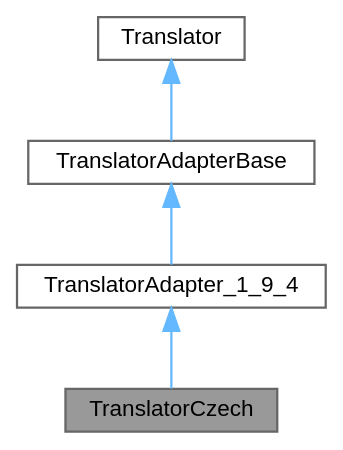
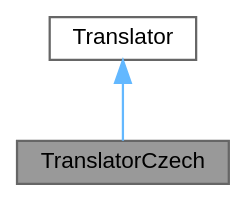
The diagram in d0/d46/class_translator_czech__inherit__graph.dot (petyovsky/doxygen), drawn with Graphviz before and after one commit. The commit also changed 7841 other files, not shown here.

```diff
--- a/d0/d46/class_translator_czech__inherit__graph.dot
+++ b/d0/d46/class_translator_czech__inherit__graph.dot
@@ -1,15 +1,11 @@
 digraph "TranslatorCzech"
 {
  // INTERACTIVE_SVG=YES
  // LATEX_PDF_SIZE
   bgcolor="transparent";
   edge [fontname=Helvetica,fontsize=10,labelfontname=Helvetica,labelfontsize=10];
   node [fontname=Helvetica,fontsize=10,shape=box,height=0.2,width=0.4];
   Node1 [label="TranslatorCzech",height=0.2,width=0.4,color="gray40", fillcolor="grey60", style="filled", fontcolor="black",tooltip=" "];
   Node2 -> Node1 [dir="back",color="steelblue1",style="solid"];
-  Node2 [label="TranslatorAdapter_1_9_4",height=0.2,width=0.4,color="gray40", fillcolor="white", style="filled",URL="$d0/d33/class_translator_adapter__1__9__4.html",tooltip=" "];
-  Node3 -> Node2 [dir="back",color="steelblue1",style="solid"];
-  Node3 [label="TranslatorAdapterBase",height=0.2,width=0.4,color="gray40", fillcolor="white", style="filled",URL="$db/d6c/class_translator_adapter_base.html",tooltip="Base of the translator adapter tree."];
-  Node4 -> Node3 [dir="back",color="steelblue1",style="solid"];
-  Node4 [label="Translator",height=0.2,width=0.4,color="gray40", fillcolor="white", style="filled",URL="$d8/dfb/class_translator.html",tooltip="Abstract base class for all translatable text fragments."];
+  Node2 [label="Translator",height=0.2,width=0.4,color="gray40", fillcolor="white", style="filled",URL="$d8/dfb/class_translator.html",tooltip="Abstract base class for all translatable text fragments."];
 }
```
